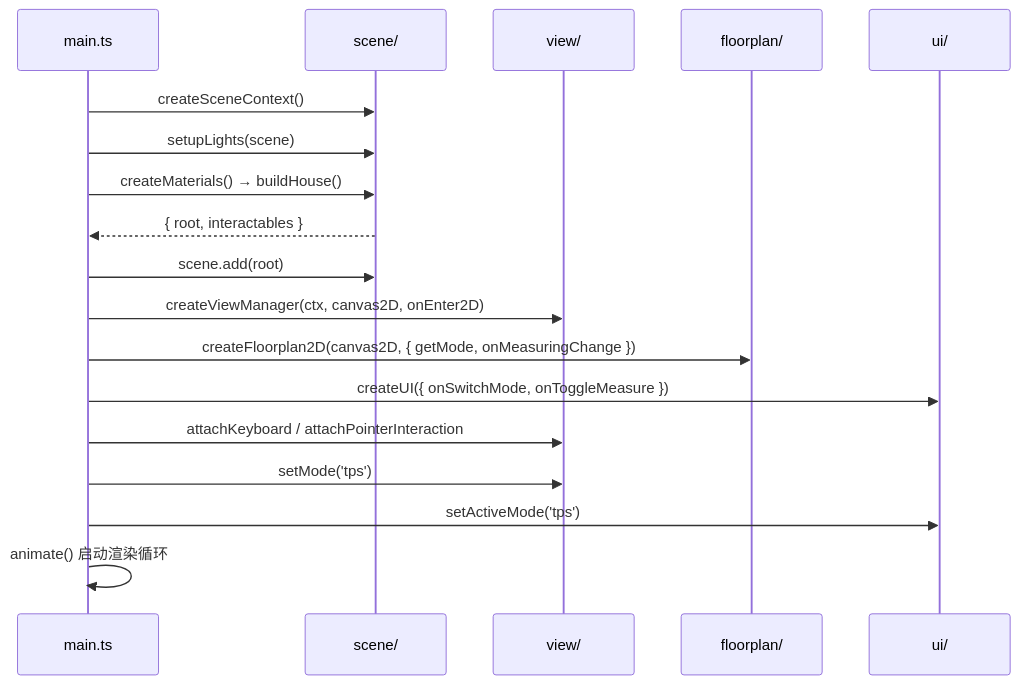
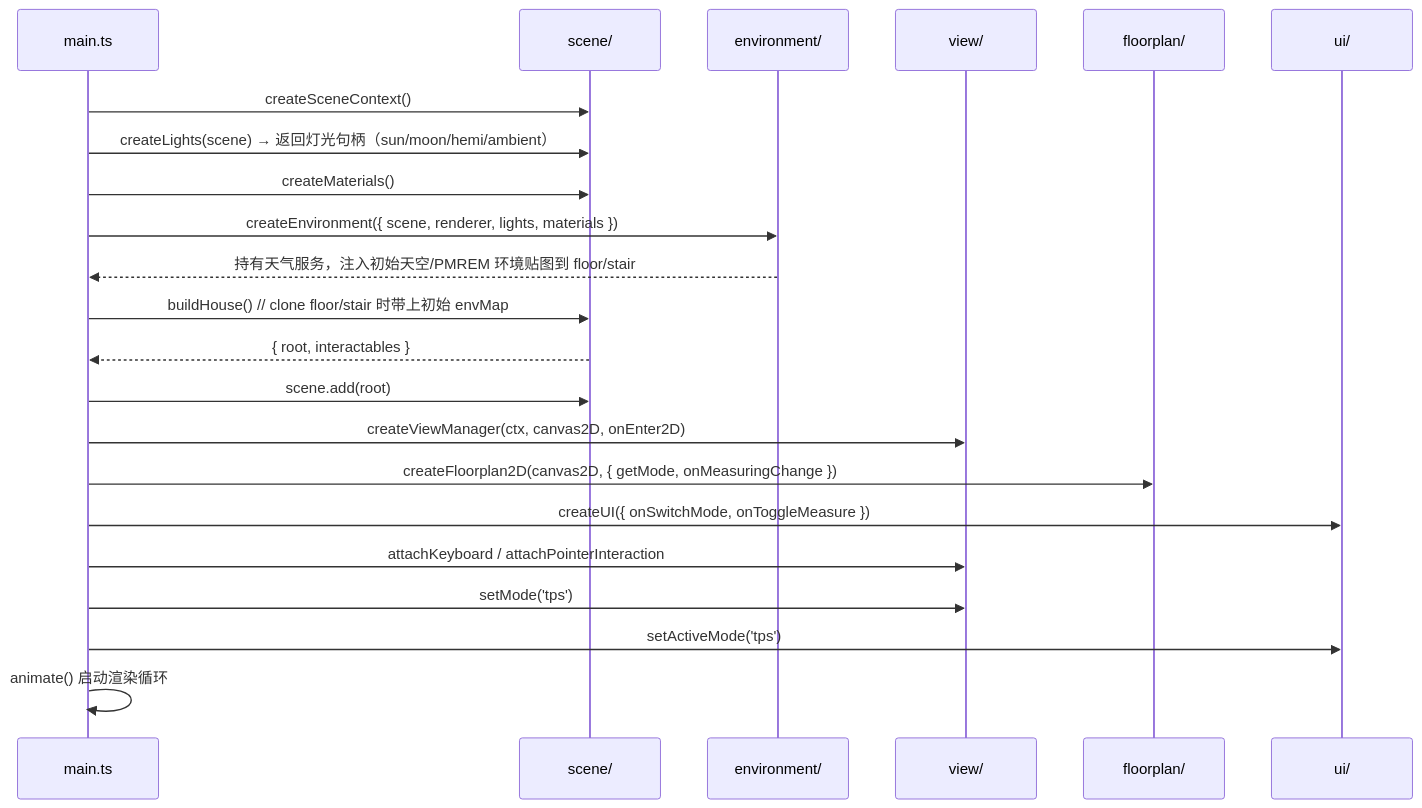
One commit to Jzice/three_house changed the second of 5 diagrams in docs/architecture.md. Above: the diagram before and after it, drawn with Mermaid. The commit also changed other lines of this file and 19 other files, not shown here.

````diff
--- a/docs/architecture.md
+++ b/docs/architecture.md
@@ -54,21 +55,25 @@
 ```mermaid
 sequenceDiagram
     participant M as main.ts
     participant SC as scene/
+    participant EN as environment/
     participant V as view/
     participant FP as floorplan/
     participant U as ui/
 
     M->>SC: createSceneContext()
-    M->>SC: setupLights(scene)
-    M->>SC: createMaterials() → buildHouse()
+    M->>SC: createLights(scene)  → 返回灯光句柄（sun/moon/hemi/ambient）
+    M->>SC: createMaterials()
+    M->>EN: createEnvironment({ scene, renderer, lights, materials })
+    EN-->>M: 持有天气服务，注入初始天空/PMREM 环境贴图到 floor/stair
+    M->>SC: buildHouse()  // clone floor/stair 时带上初始 envMap
     SC-->>M: { root, interactables }
     M->>SC: scene.add(root)
     M->>V: createViewManager(ctx, canvas2D, onEnter2D)
     M->>FP: createFloorplan2D(canvas2D, { getMode, onMeasuringChange })
     M->>U: createUI({ onSwitchMode, onToggleMeasure })
     M->>V: attachKeyboard / attachPointerInteraction
     M->>V: setMode('tps')
     M->>U: setActiveMode('tps')
     M->>M: animate() 启动渲染循环
 ```
````
